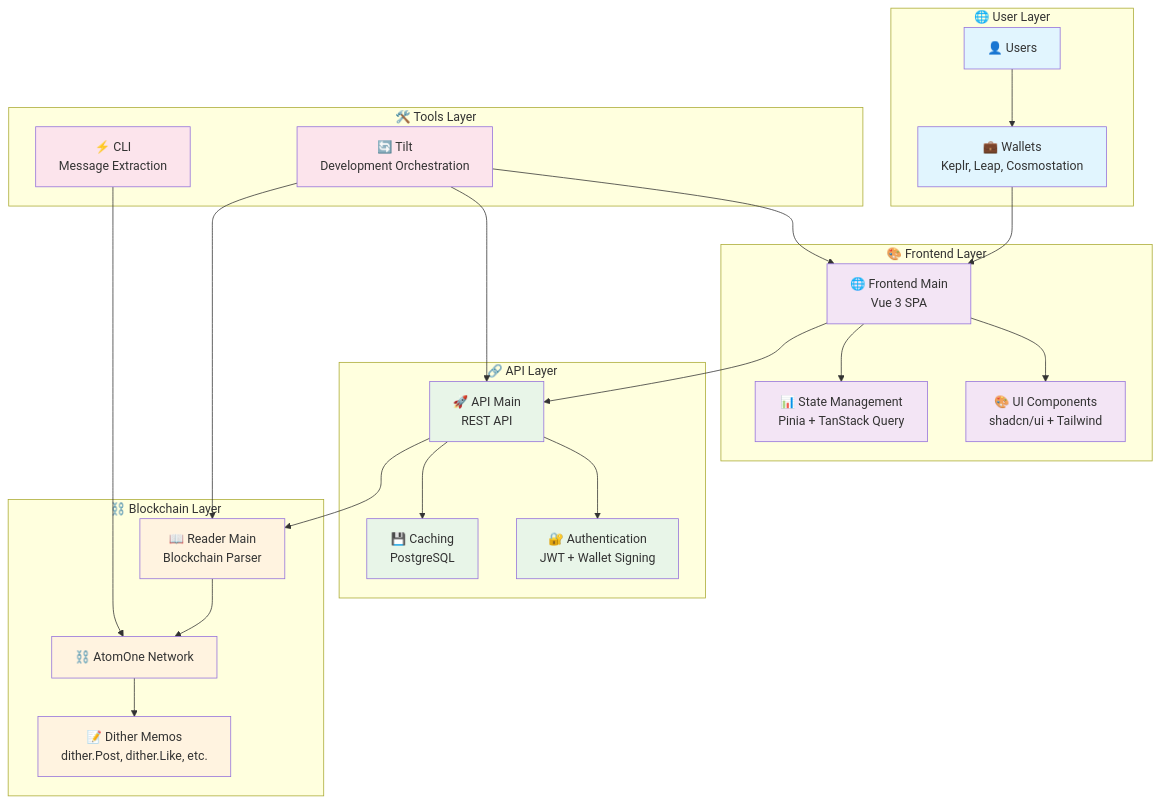
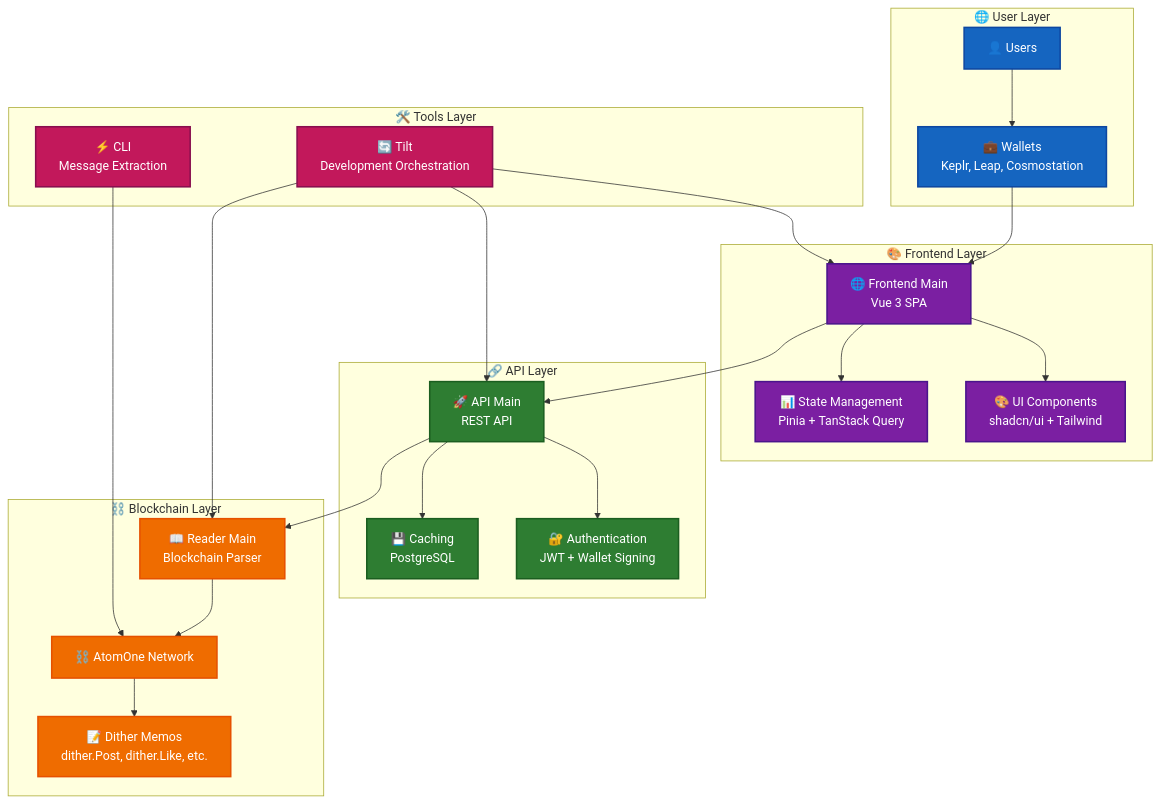
One commit to allinbits/dither.chat changed the second of 4 diagrams in packages/frontend-main/README.md. Above: the diagram before and after it, drawn with Mermaid. The commit also changed other lines of this file, not shown here.

Commit message:
chore: improved diagramc colors

````diff
--- a/packages/frontend-main/README.md
+++ b/packages/frontend-main/README.md
@@ -138,57 +138,57 @@
 ```mermaid
 graph TB
     subgraph "🌐 User Layer"
         U[👤 Users]
         W[💼 Wallets<br/>Keplr, Leap, Cosmostation]
     end
 
     subgraph "🎨 Frontend Layer"
         F[🌐 Frontend Main<br/>Vue 3 SPA]
         UI[🎨 UI Components<br/>shadcn/ui + Tailwind]
         ST[📊 State Management<br/>Pinia + TanStack Query]
     end
 
     subgraph "🔗 API Layer"
         API[🚀 API Main<br/>REST API]
         AUTH[🔐 Authentication<br/>JWT + Wallet Signing]
         CACHE[💾 Caching<br/>PostgreSQL]
     end
 
     subgraph "⛓️ Blockchain Layer"
         BC[⛓️ AtomOne Network]
         READER[📖 Reader Main<br/>Blockchain Parser]
         MEMO[📝 Dither Memos<br/>dither.Post, dither.Like, etc.]
     end
 
     subgraph "🛠️ Tools Layer"
         CLI[⚡ CLI<br/>Message Extraction]
         TILT[🔄 Tilt<br/>Development Orchestration]
     end
 
     U --> W
     W --> F
     F --> UI
     F --> ST
     F --> API
     API --> AUTH
     API --> CACHE
     API --> READER
     READER --> BC
     BC --> MEMO
     CLI --> BC
     TILT --> F
     TILT --> API
     TILT --> READER
 
-    classDef userLayer fill:#e1f5fe
-    classDef frontendLayer fill:#f3e5f5
-    classDef apiLayer fill:#e8f5e8
-    classDef blockchainLayer fill:#fff3e0
-    classDef toolsLayer fill:#fce4ec
+    classDef userLayer fill:#1565c0,stroke:#0d47a1,stroke-width:2px,color:#ffffff
+    classDef frontendLayer fill:#7b1fa2,stroke:#4a148c,stroke-width:2px,color:#ffffff
+    classDef apiLayer fill:#2e7d32,stroke:#1b5e20,stroke-width:2px,color:#ffffff
+    classDef blockchainLayer fill:#ef6c00,stroke:#e65100,stroke-width:2px,color:#ffffff
+    classDef toolsLayer fill:#c2185b,stroke:#880e4f,stroke-width:2px,color:#ffffff
 
     class U,W userLayer
     class F,UI,ST frontendLayer
     class API,AUTH,CACHE apiLayer
     class BC,READER,MEMO blockchainLayer
     class CLI,TILT toolsLayer
 ```
````
